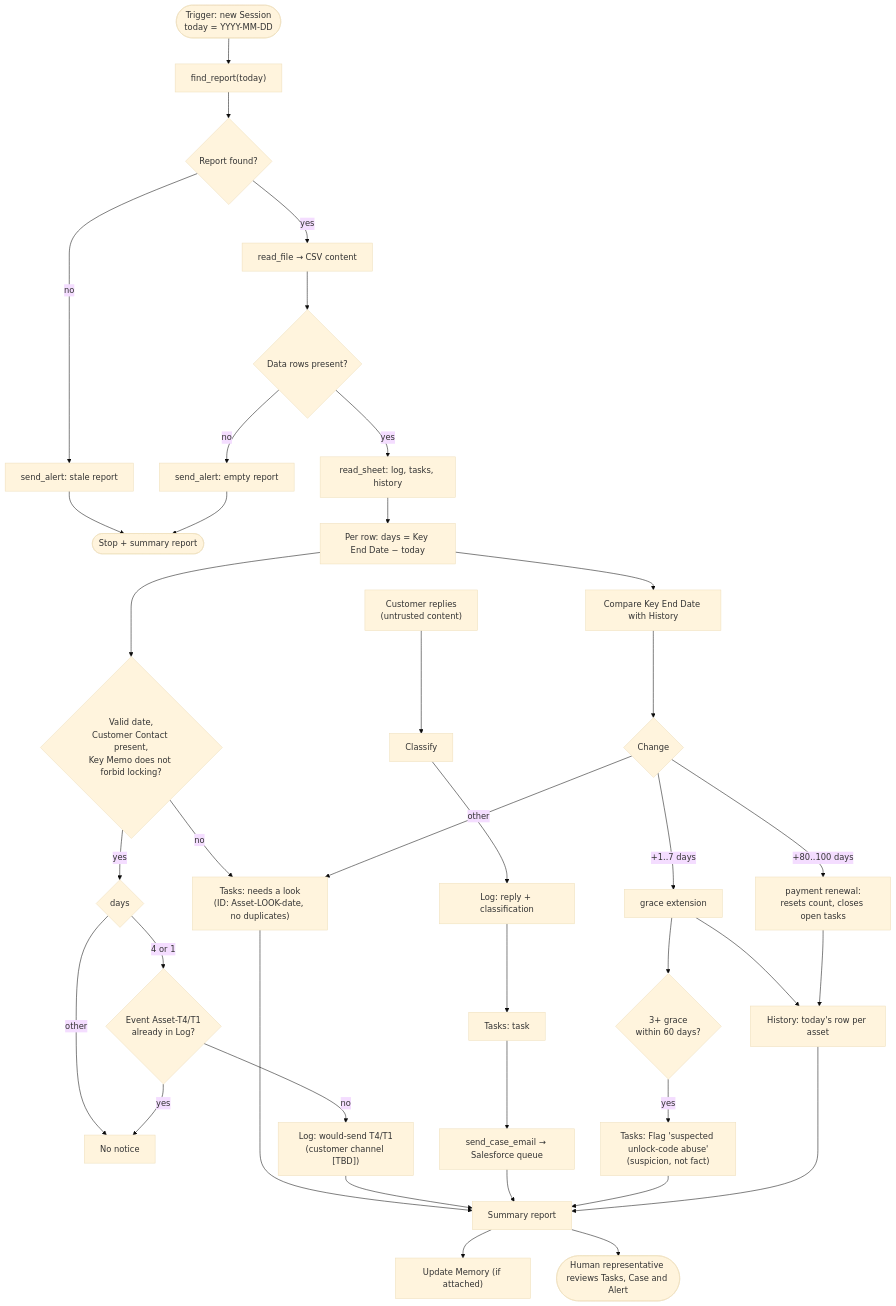
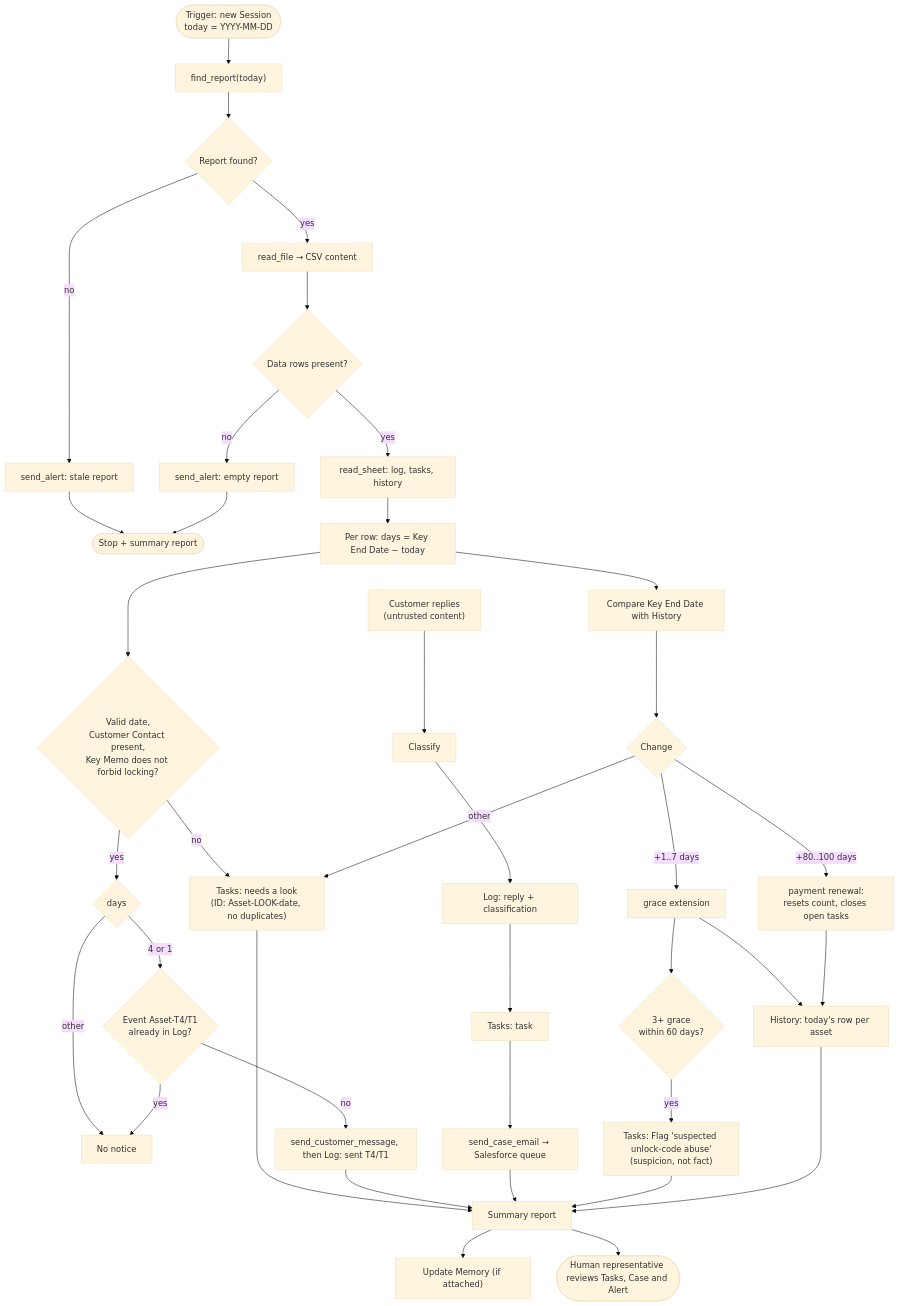
Before and after one commit to asaeltaragan-cpu/Time_limit: the third of 4 diagrams in Architecture.md, drawn with Mermaid (base theme). The commit also changed other lines of this file and 3 other files, not shown here.

````diff
--- a/Architecture.md
+++ b/Architecture.md
@@ -110,42 +110,42 @@
 ```mermaid
 flowchart TD
     START(["Trigger: new Session<br/>today = YYYY-MM-DD"]) --> FIND["find_report(today)"]
     FIND --> FOUND{"Report found?"}
     FOUND -- "no" --> A1["send_alert: stale report"] --> END1(["Stop + summary report"])
     FOUND -- "yes" --> READ["read_file → CSV content"]
     READ --> EMPTY{"Data rows present?"}
     EMPTY -- "no" --> A2["send_alert: empty report"] --> END1
     EMPTY -- "yes" --> SHEETS["read_sheet: log, tasks, history"]
 
     SHEETS --> ROW["Per row: days = Key End Date − today"]
     ROW --> VALID{"Valid date,<br/>Customer Contact present,<br/>Key Memo does not forbid locking?"}
     VALID -- "no" --> LOOK["Tasks: needs a look<br/>(ID: Asset-LOOK-date, no duplicates)"]
     VALID -- "yes" --> DAYS{"days"}
     DAYS -- "4 or 1" --> DUP{"Event Asset-T4/T1<br/>already in Log?"}
     DAYS -- "other" --> NONE["No notice"]
     DUP -- "yes" --> NONE
-    DUP -- "no" --> LOGW["Log: would-send T4/T1<br/>(customer channel [TBD])"]
+    DUP -- "no" --> LOGW["send_customer_message, then Log: sent T4/T1"]
 
     REPLIES["Customer replies<br/>(untrusted content)"] --> CLS["Classify"]
     CLS --> LOGR["Log: reply + classification"]
     LOGR --> TASKR["Tasks: task"]
     TASKR --> CASE["send_case_email → Salesforce queue"]
 
     ROW --> CMP["Compare Key End Date with History"]
     CMP --> KIND{"Change"}
     KIND -- "+1..7 days" --> GRACE["grace extension"]
     KIND -- "+80..100 days" --> RENEW["payment renewal:<br/>resets count, closes open tasks"]
     KIND -- "other" --> LOOK
     GRACE --> HISTW["History: today's row per asset"]
     RENEW --> HISTW
     GRACE --> ABUSE{"3+ grace<br/>within 60 days?"}
     ABUSE -- "yes" --> FLAG["Tasks: Flag 'suspected unlock-code abuse'<br/>(suspicion, not fact)"]
 
     LOOK --> REPORT
     LOGW --> REPORT
     CASE --> REPORT
     FLAG --> REPORT
     HISTW --> REPORT["Summary report"]
     REPORT --> MEMW["Update Memory (if attached)"]
     REPORT --> HUMAN(["Human representative reviews Tasks, Case and Alert"])
 ```
````
